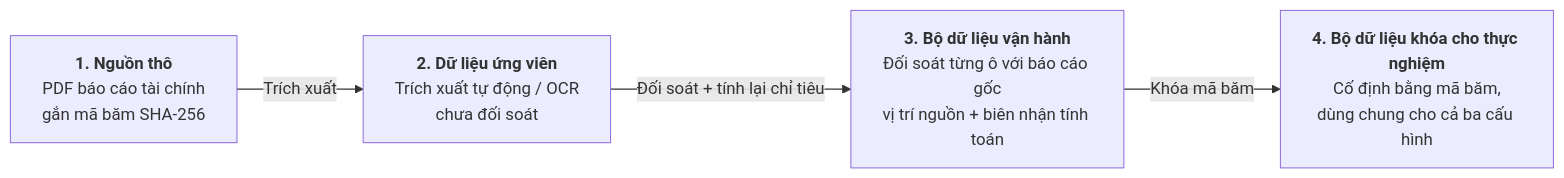
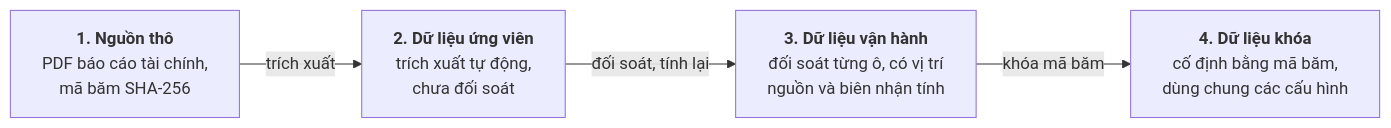
One commit to thaicuong576/final-thesis changed the diagram in docs/thesis-v2/figures/hinh-3-2-pipeline-du-lieu.mmd. Above: the diagram before and after it, drawn with Mermaid. The commit also changed 16 other files, not shown here.

First line of the commit message:
docs(thesis): [FIG] monochrome diagrams and plain charts (#164)

```diff
--- a/docs/thesis-v2/figures/hinh-3-2-pipeline-du-lieu.mmd
+++ b/docs/thesis-v2/figures/hinh-3-2-pipeline-du-lieu.mmd
@@ -1,8 +1,8 @@
 flowchart LR
-    Raw["<b>1. Nguồn thô</b><br/>PDF báo cáo tài chính<br/>gắn mã băm SHA-256"]
-    Candidate["<b>2. Dữ liệu ứng viên</b><br/>Trích xuất tự động / OCR<br/>chưa đối soát"]
-    Operational["<b>3. Bộ dữ liệu vận hành</b><br/>Đối soát từng ô với báo cáo gốc<br/>vị trí nguồn + biên nhận tính toán"]
-    Locked["<b>4. Bộ dữ liệu khóa cho thực nghiệm</b><br/>Cố định bằng mã băm,<br/>dùng chung cho cả ba cấu hình"]
-    Raw -->|"Trích xuất"| Candidate
-    Candidate -->|"Đối soát + tính lại chỉ tiêu"| Operational
-    Operational -->|"Khóa mã băm"| Locked
+    Raw["<b>1. Nguồn thô</b><br/>PDF báo cáo tài chính,<br/>mã băm SHA-256"]
+    Candidate["<b>2. Dữ liệu ứng viên</b><br/>trích xuất tự động,<br/>chưa đối soát"]
+    Operational["<b>3. Dữ liệu vận hành</b><br/>đối soát từng ô, có vị trí<br/>nguồn và biên nhận tính"]
+    Locked["<b>4. Dữ liệu khóa</b><br/>cố định bằng mã băm,<br/>dùng chung các cấu hình"]
+    Raw -->|"trích xuất"| Candidate
+    Candidate -->|"đối soát, tính lại"| Operational
+    Operational -->|"khóa mã băm"| Locked
```
